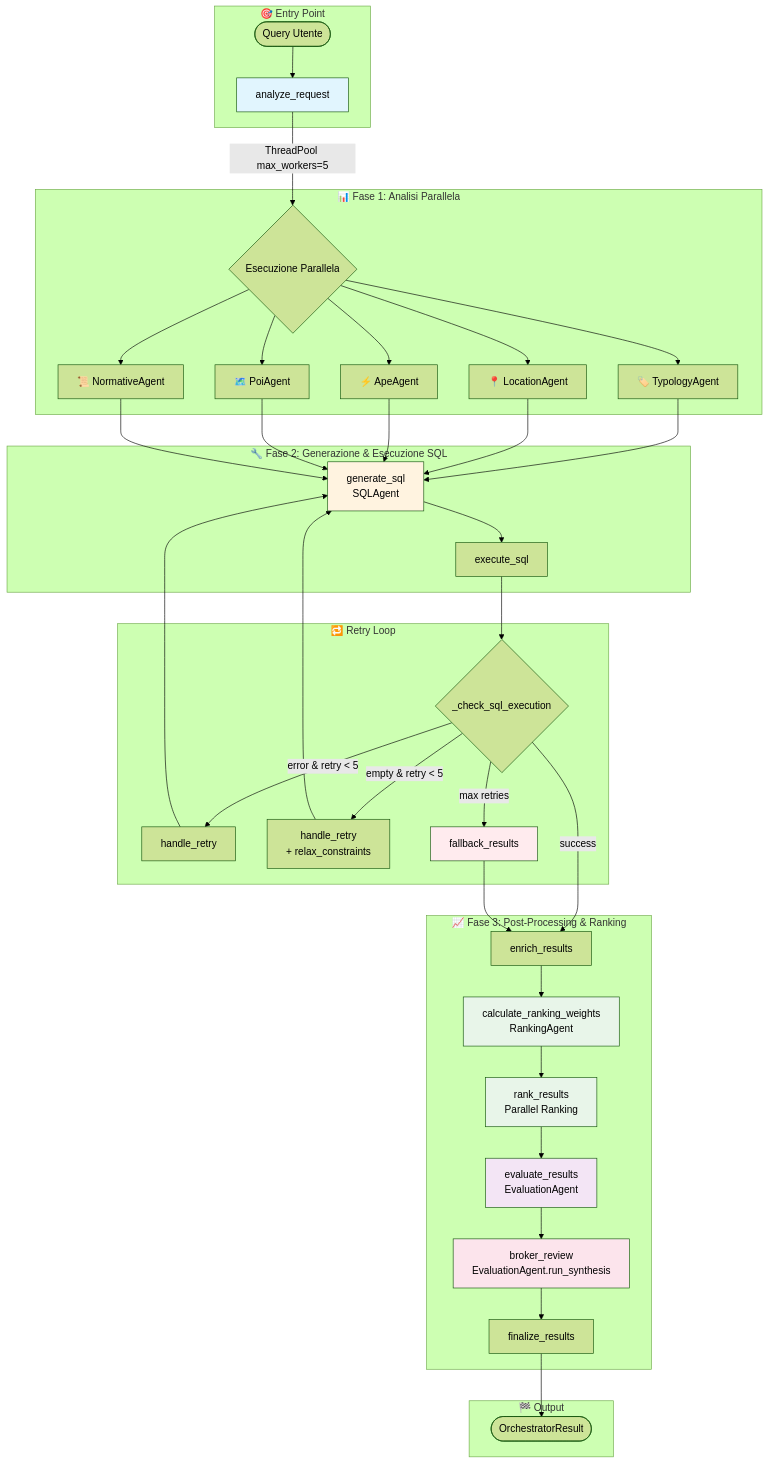
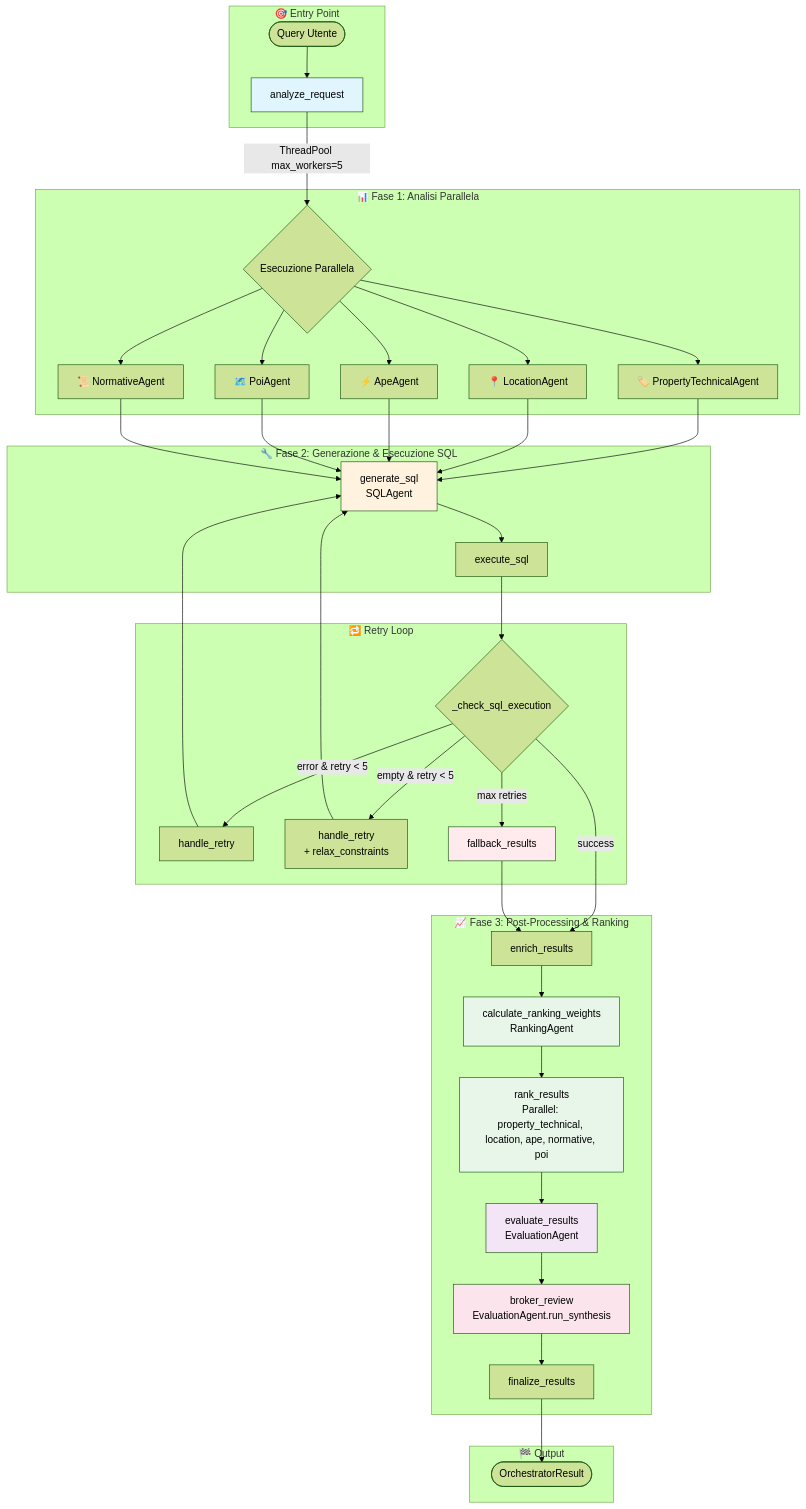
Before and after one commit to dbdmg/murena: the first of 5 diagrams in docs/AGENT_ARCHITECTURE.md, drawn with Mermaid (forest theme). The commit also changed other lines of this file and 31 other files, not shown here.

Commit message:
feat: Replace Typology Agent with Property Technical Agent and update synthetic test suite.

````diff
--- a/docs/AGENT_ARCHITECTURE.md
+++ b/docs/AGENT_ARCHITECTURE.md
@@ -25,54 +25,55 @@
 ```mermaid
 graph TD
     subgraph "🎯 Entry Point"
         START([Query Utente]) --> ANALYZE
     end
 
     subgraph "📊 Fase 1: Analisi Parallela"
         ANALYZE[analyze_request]
         ANALYZE --> |ThreadPool max_workers=5| PARALLEL{Esecuzione Parallela}
         
-        PARALLEL --> TYPOLOGY[🏷️ TypologyAgent]
+        PARALLEL --> PROP_TECH[🏷️ PropertyTechnicalAgent]
         PARALLEL --> LOCATION[📍 LocationAgent]
         PARALLEL --> APE[⚡ ApeAgent]
         PARALLEL --> POI[🗺️ PoiAgent]
         PARALLEL --> NORMATIVE[📜 NormativeAgent]
     end
 
     subgraph "🔧 Fase 2: Generazione & Esecuzione SQL"
-        TYPOLOGY & LOCATION & APE & POI & NORMATIVE --> SQL_GEN
+        PROP_TECH & LOCATION & APE & POI & NORMATIVE --> SQL_GEN
         SQL_GEN[generate_sql<br/>SQLAgent]
         SQL_GEN --> SQL_EXEC[execute_sql]
     end
 
     subgraph "🔁 Retry Loop"
         SQL_EXEC --> CHECK{_check_sql_execution}
         CHECK -->|error & retry < 5| RETRY[handle_retry]
         CHECK -->|empty & retry < 5| RETRY_RELAX[handle_retry<br/>+ relax_constraints]
         RETRY --> SQL_GEN
         RETRY_RELAX --> SQL_GEN
         CHECK -->|max retries| FALLBACK[fallback_results]
     end
 
     subgraph "📈 Fase 3: Post-Processing & Ranking"
         CHECK -->|success| ENRICH[enrich_results]
         FALLBACK --> ENRICH
         ENRICH --> CALC_WEIGHTS[calculate_ranking_weights<br/>RankingAgent]
         CALC_WEIGHTS --> RANK[rank_results<br/>Parallel Ranking]
+        RANK[rank_results<br/>Parallel: property_technical, location, ape, normative, poi]
         RANK --> EVAL[evaluate_results<br/>EvaluationAgent]
         EVAL --> BROKER[broker_review<br/>EvaluationAgent.run_synthesis]
         BROKER --> FINAL[finalize_results]
     end
 
     subgraph "🏁 Output"
         FINAL --> OUTPUT([OrchestratorResult])
     end
 
     style ANALYZE fill:#e1f5fe
     style SQL_GEN fill:#fff3e0
     style CALC_WEIGHTS fill:#e8f5e9
     style RANK fill:#e8f5e9
     style EVAL fill:#f3e5f5
     style BROKER fill:#fce4ec
     style FALLBACK fill:#ffebee
 ```
````
